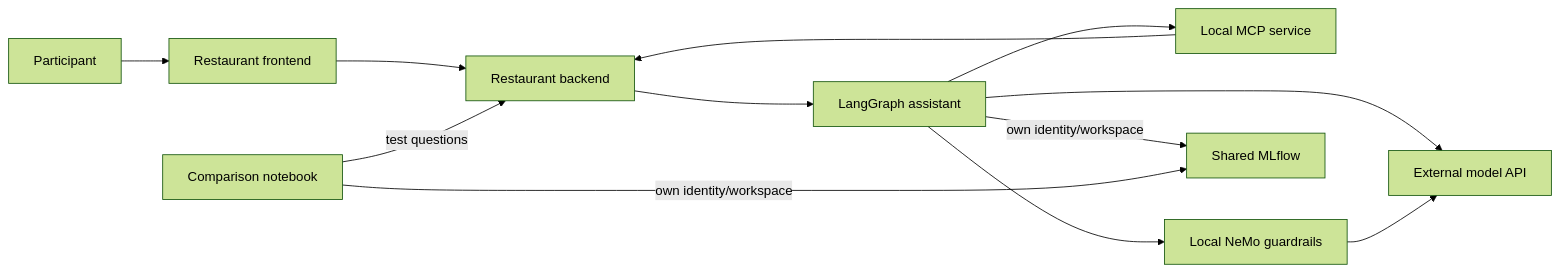
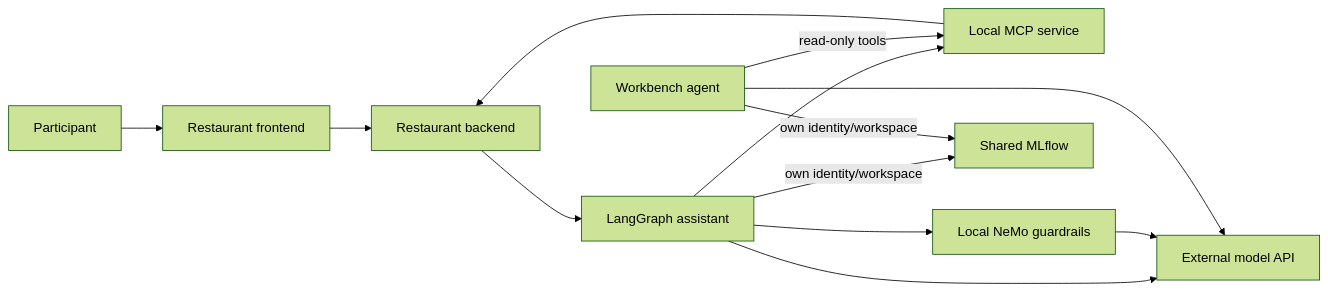
The diagram in docs/DEMO.md (Kounex/summit-connect-mlflow-lab-infra), drawn with Mermaid (forest theme) before and after one commit. The commit also changed other lines of this file and 4 other files, not shown here.

````diff
--- a/docs/DEMO.md
+++ b/docs/DEMO.md
@@ -15,14 +16,15 @@
 ```mermaid
 flowchart LR
   U[Participant] --> F[Restaurant frontend]
   F --> B[Restaurant backend]
   B --> A[LangGraph assistant]
   A --> T[Local MCP service]
   T --> B
   A --> G[Local NeMo guardrails]
   A --> L[External model API]
   G --> L
-  W[Comparison notebook] -->|test questions| B
+  W[Workbench agent] --> L
+  W -->|read-only tools| T
   A -->|own identity/workspace| M[Shared MLflow]
   W -->|own identity/workspace| M
 ```
````
